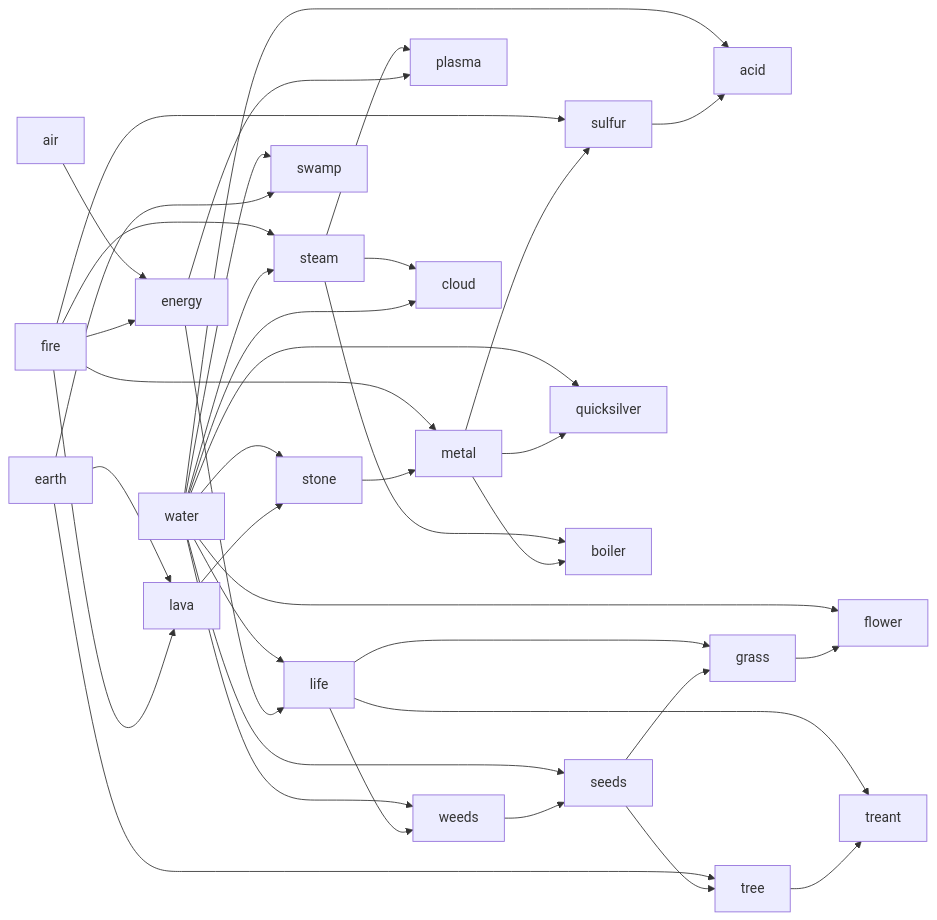
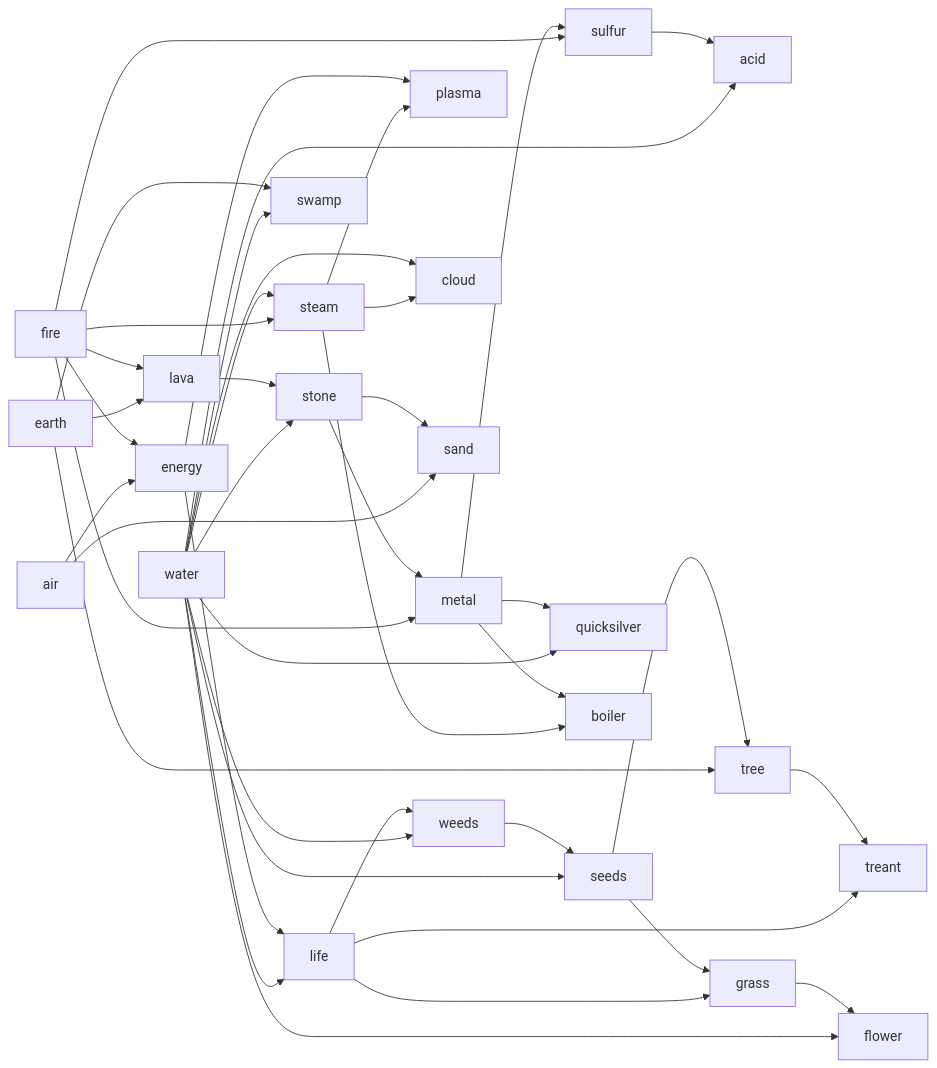
The diagram in README.md (res0nat0r/doodle-god), drawn with Mermaid before and after one commit.

````diff
--- a/README.md
+++ b/README.md
@@ -4,60 +4,63 @@
 ```mermaid
 graph LR
 
 sulfur -->  acid
 water --> acid
 
 seeds --> tree
 earth --> tree
 
 grass --> flower
 water --> flower
 
 seeds --> grass
 life --> grass
 
 weeds --> seeds
 water --> seeds
 
 life --> weeds
 water --> weeds
 
 energy --> life
 water --> life
 
 energy --> plasma
 steam --> plasma
 
 fire --> energy
 air --> energy
 
 metal --> sulfur
 fire --> sulfur
 
 metal --> quicksilver
 water --> quicksilver
 
 metal --> boiler
 steam --> boiler
 
 stone --> metal
 fire --> metal
 
 lava --> stone
 water --> stone
 
 water --> cloud
 steam --> cloud
 
 earth --> swamp
 water --> swamp
 
 water --> steam
 fire --> steam
 
 fire --> lava
 earth --> lava
 
 tree --> treant
 life --> treant
+
+stone --> sand
+air --> sand
 ```
````
